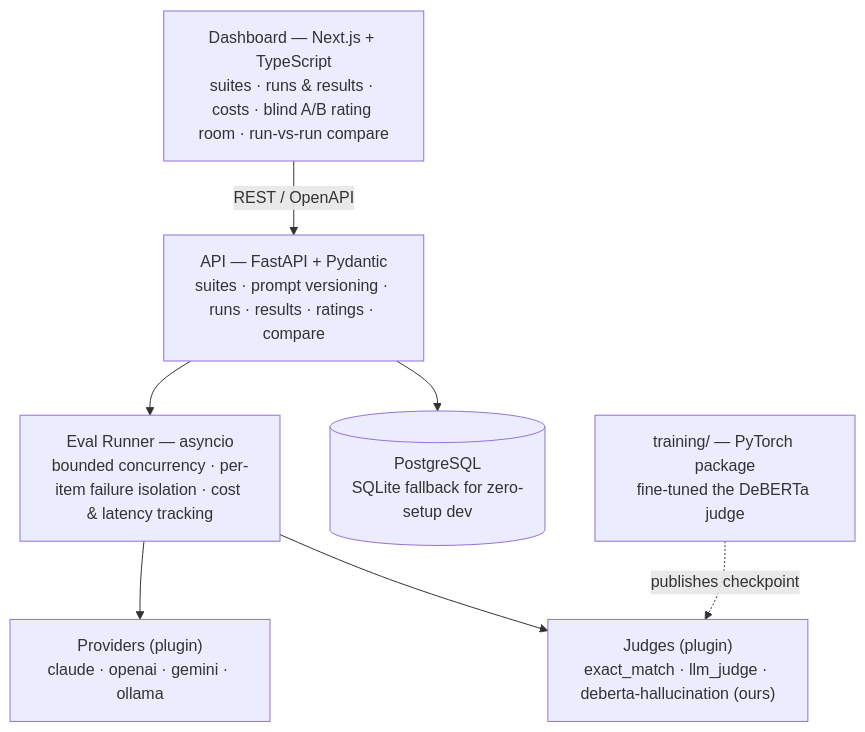
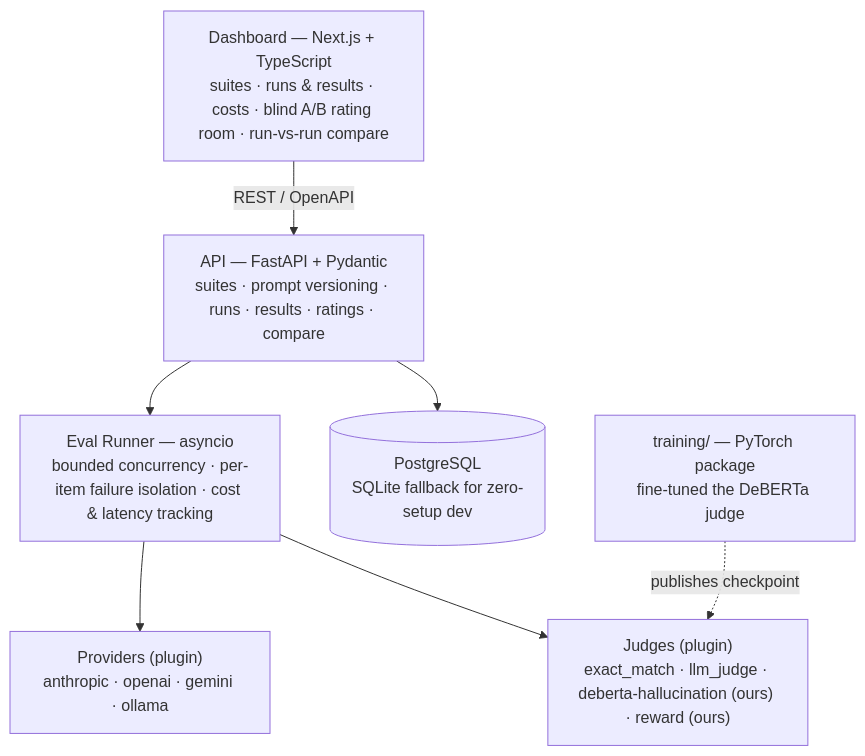
The diagram in README.md (Larmstrong1127/evalforge), drawn with Mermaid before and after one commit. The commit also changed other lines of this file, not shown here.

Commit message:
Correct drifted counts, the 43x figure, the architecture diagram, and the eval gate's run status

````diff
--- a/README.md
+++ b/README.md
@@ -16,17 +16,17 @@
 ```mermaid
 flowchart TB
     D["Dashboard — Next.js + TypeScript<br/>suites · runs & results · costs · blind A/B rating room · run-vs-run compare"]
     A["API — FastAPI + Pydantic<br/>suites · prompt versioning · runs · results · ratings · compare"]
     R["Eval Runner — asyncio<br/>bounded concurrency · per-item failure isolation · cost & latency tracking"]
-    P["Providers (plugin)<br/>claude · openai · gemini · ollama"]
-    J["Judges (plugin)<br/>exact_match · llm_judge · deberta-hallucination (ours)"]
+    P["Providers (plugin)<br/>anthropic · openai · gemini · ollama"]
+    J["Judges (plugin)<br/>exact_match · llm_judge · deberta-hallucination (ours) · reward (ours)"]
     DB[("PostgreSQL<br/>SQLite fallback for zero-setup dev")]
     T["training/ — PyTorch package<br/>fine-tuned the DeBERTa judge"]
 
     D -->|REST / OpenAPI| A
     A --> R
     R --> P
     R --> J
     A --> DB
     T -.->|publishes checkpoint| J
 ```
````
